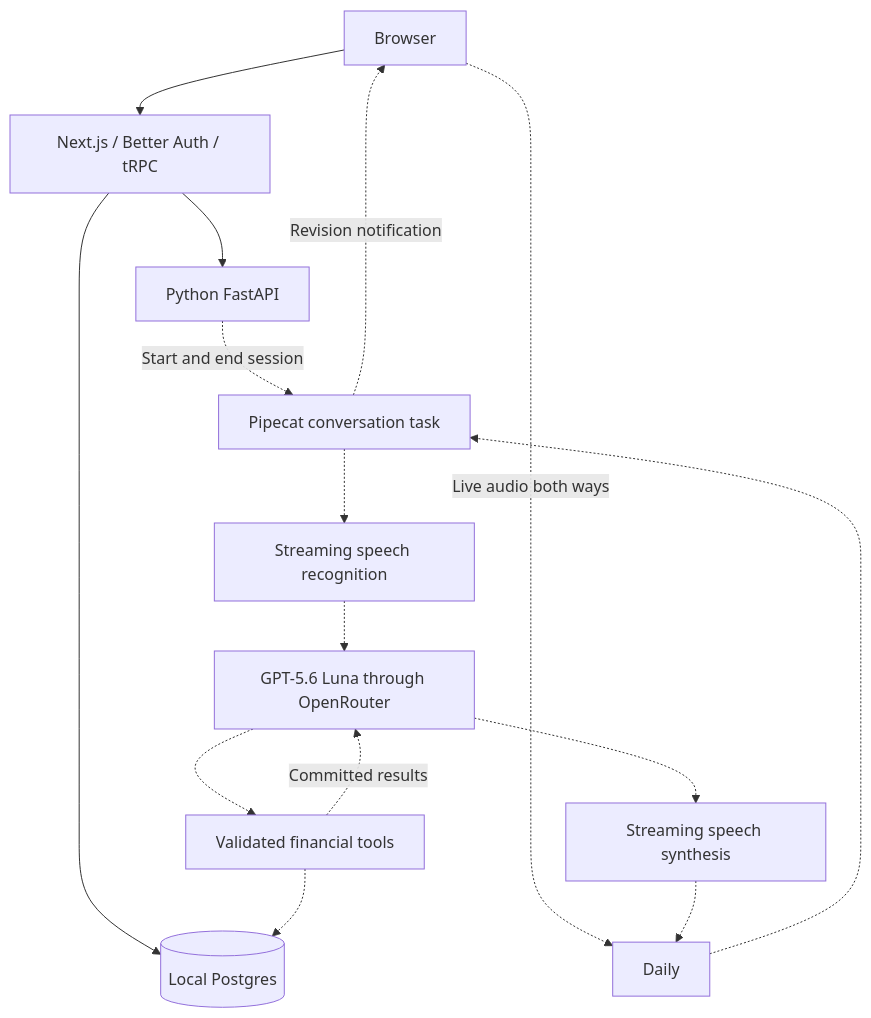
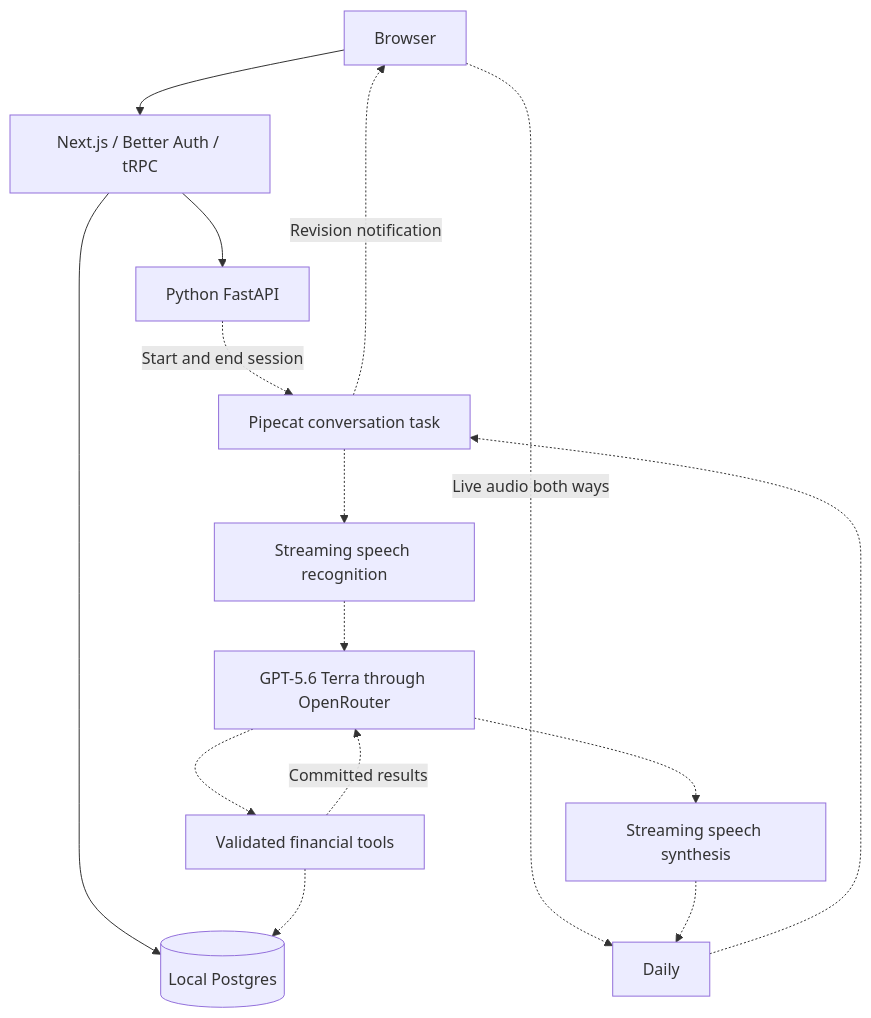
Before and after one commit to GargDivanshu/riverline_assignment: the diagram in docs/system-map.md, drawn with Mermaid. The commit also changed 25 other files, not shown here.

````diff
--- a/docs/system-map.md
+++ b/docs/system-map.md
@@ -17,17 +17,17 @@
 ```mermaid
 flowchart TB
   UI[Browser] --> WEB[Next.js / Better Auth / tRPC]
   WEB --> DB[(Local Postgres)]
   WEB --> API[Python FastAPI]
   UI -.->|Live audio both ways| DAILY[Daily]
   DAILY -.-> PIPE[Pipecat conversation task]
   API -.->|Start and end session| PIPE
   PIPE -.-> STT[Streaming speech recognition]
-  STT -.-> LLM[GPT-5.6 Luna through OpenRouter]
+  STT -.-> LLM[GPT-5.6 Terra through OpenRouter]
   LLM -.-> TTS[Streaming speech synthesis]
   TTS -.-> DAILY
   LLM -.-> TOOLS[Validated financial tools]
   TOOLS -.-> DB
   TOOLS -.->|Committed results| LLM
   PIPE -.->|Revision notification| UI
 ```
````
